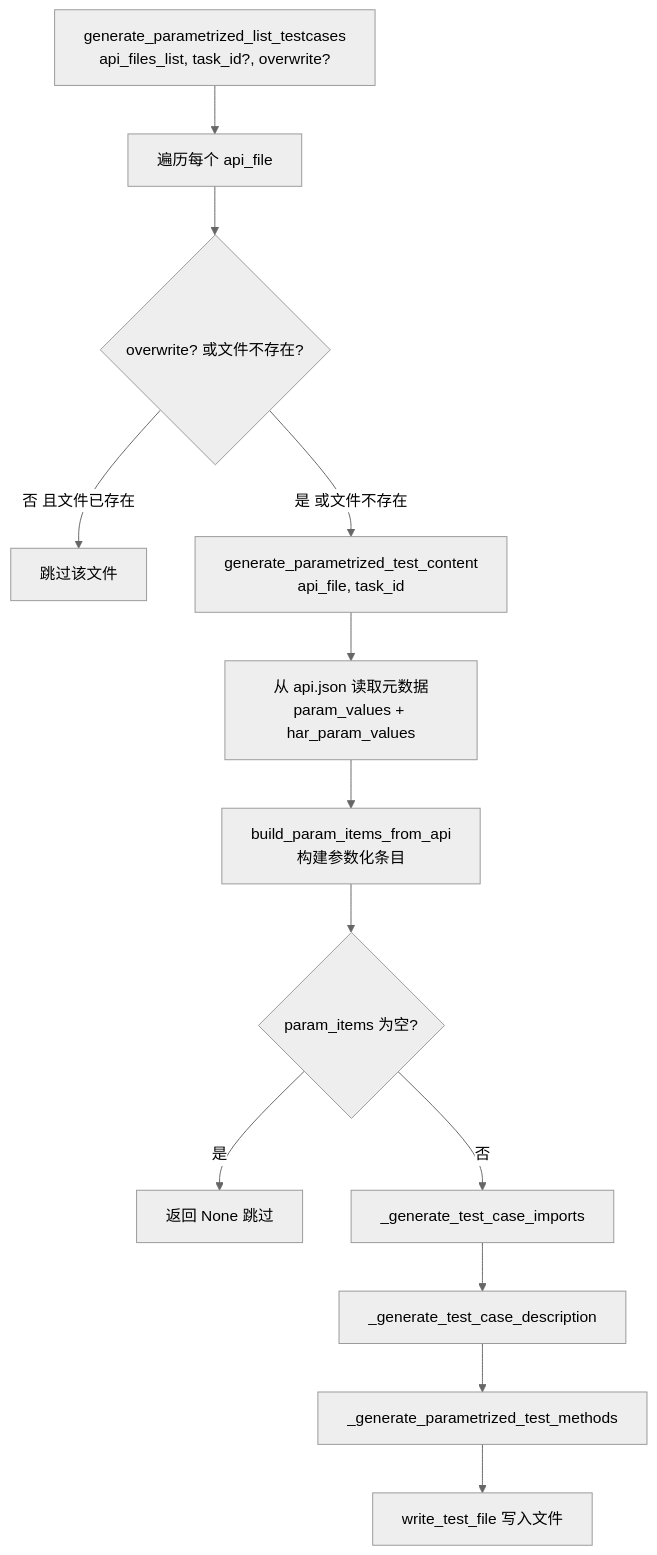
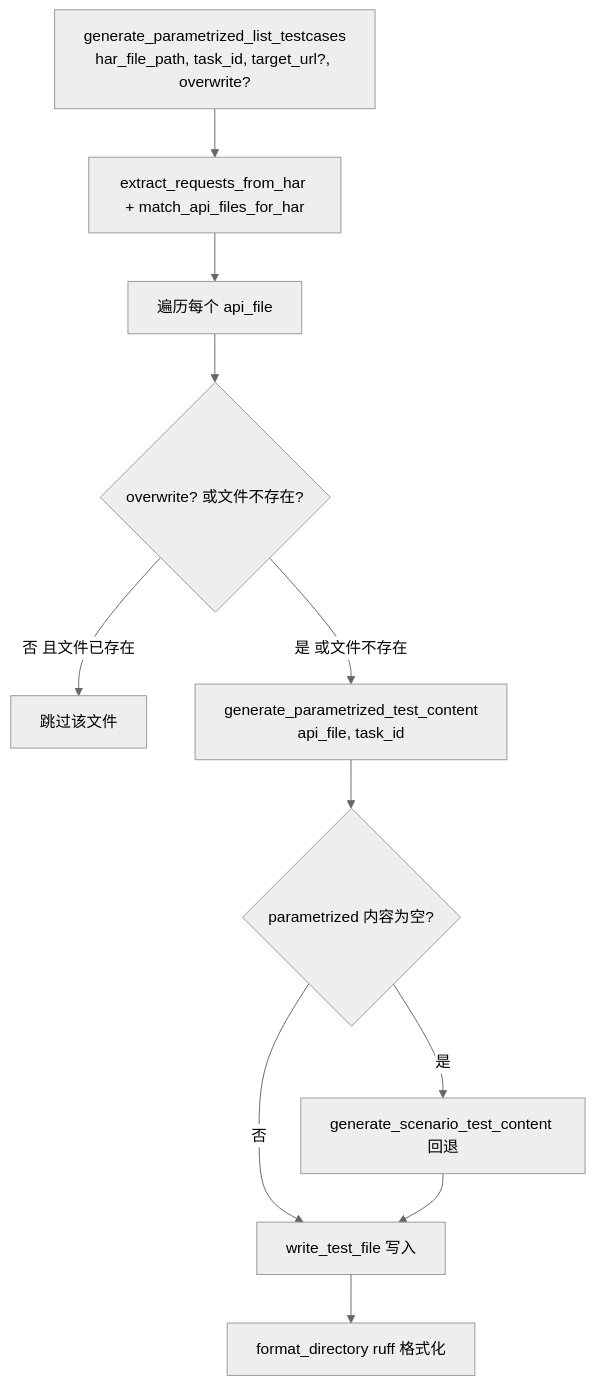
The first of 3 diagrams in docs/testcase_generation_modes.md (hewei198711/har2pytest), drawn with Mermaid (neutral theme) before and after one commit. The commit also changed other lines of this file and 14 other files, not shown here.

````diff
--- a/docs/testcase_generation_modes.md
+++ b/docs/testcase_generation_modes.md
@@ -23,15 +25,13 @@
 ```mermaid
 flowchart TD
-    A[generate_parametrized_list_testcases<br/>api_files_list, task_id?, overwrite?] --> B[遍历每个 api_file]
-    B --> C{overwrite? 或文件不存在?}
-    C -->|否 且文件已存在| D[跳过该文件]
-    C -->|是 或文件不存在| E[generate_parametrized_test_content<br/>api_file, task_id]
-    E --> F[从 api.json 读取元数据<br/>param_values + har_param_values]
-    F --> G[build_param_items_from_api<br/>构建参数化条目]
-    G --> H{param_items 为空?}
-    H -->|是| I[返回 None 跳过]
-    H -->|否| J[_generate_test_case_imports]
-    J --> K[_generate_test_case_description]
-    K --> L[_generate_parametrized_test_methods]
-    L --> M[write_test_file 写入文件]
+    A[generate_parametrized_list_testcases<br/>har_file_path, task_id, target_url?, overwrite?] --> B[extract_requests_from_har + match_api_files_for_har]
+    B --> C[遍历每个 api_file]
+    C --> D{overwrite? 或文件不存在?}
+    D -->|否 且文件已存在| E[跳过该文件]
+    D -->|是 或文件不存在| F[generate_parametrized_test_content<br/>api_file, task_id]
+    F --> G{parametrized 内容为空?}
+    G -->|是| H[generate_scenario_test_content 回退]
+    G -->|否| I[write_test_file 写入]
+    H --> I
+    I --> J[format_directory ruff 格式化]
 ```
````
